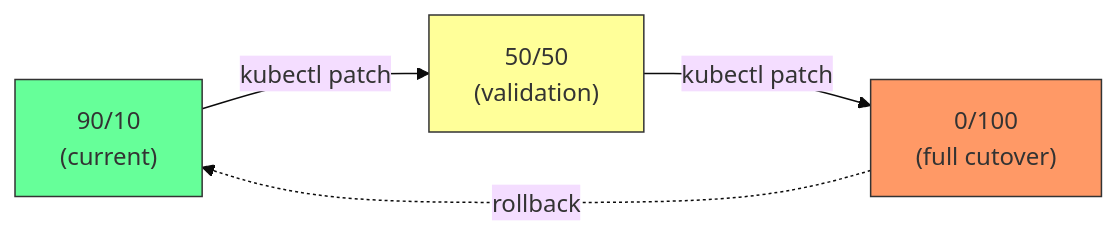
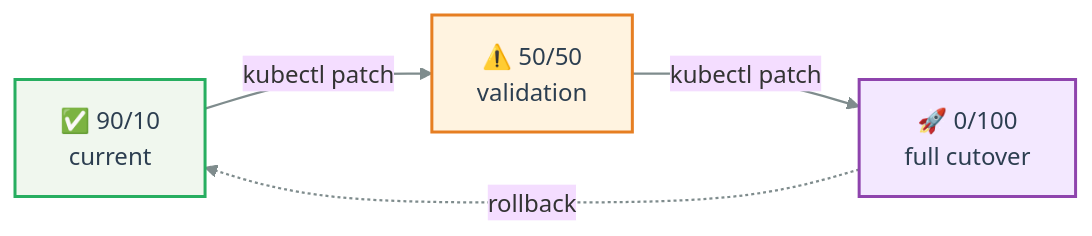
One commit to DKT-AI/gateway-api-migration-demo changed the fifth of 5 diagrams in docs/labs/lab-03-demo-scenarios.md. Above: the diagram before and after it, drawn with Mermaid (base theme). The commit also changed other lines of this file and 4 other files, not shown here.

First line of the commit message:
Style all mermaid diagrams with ocean palette for GitHub

````diff
--- a/docs/labs/lab-03-demo-scenarios.md
+++ b/docs/labs/lab-03-demo-scenarios.md
@@ -248,14 +273,19 @@
 ```mermaid
-graph LR
-    S1["90/10<br/>(current)"]
-    S2["50/50<br/>(validation)"]
-    S3["0/100<br/>(full cutover)"]
+flowchart LR
+    S90["✅ 90/10<br/>current"]
+    S50["⚠️ 50/50<br/>validation"]
+    S100["🚀 0/100<br/>full cutover"]
 
-    S1 -->|"kubectl patch"| S2
-    S2 -->|"kubectl patch"| S3
-    S3 -.->|"rollback"| S1
+    S90 -->|"kubectl patch"| S50
+    S50 -->|"kubectl patch"| S100
+    S100 -.->|"rollback"| S90
 
-    style S1 fill:#6f9,stroke:#333
-    style S2 fill:#ff9,stroke:#333
-    style S3 fill:#f96,stroke:#333
+    classDef secondary fill:#F0F7EE,stroke:#27AE60,stroke-width:2px,color:#2C3E50
+    classDef accent fill:#FFF3E0,stroke:#E67E22,stroke-width:2px,color:#2C3E50
+    classDef tertiary fill:#F3E8FF,stroke:#8E44AD,stroke-width:2px,color:#2C3E50
+    linkStyle default stroke:#7F8C8D,stroke-width:1.5px
+
+    class S90 secondary
+    class S50 accent
+    class S100 tertiary
 ```
````
